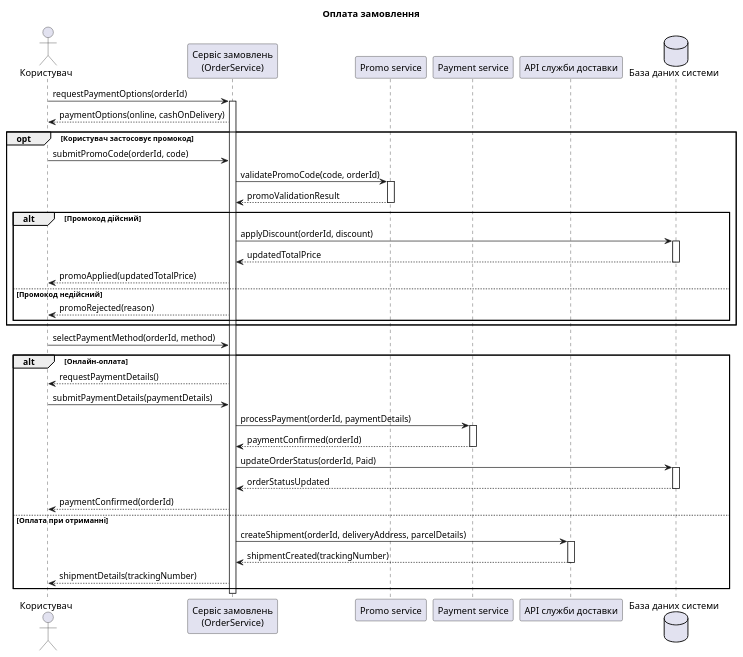
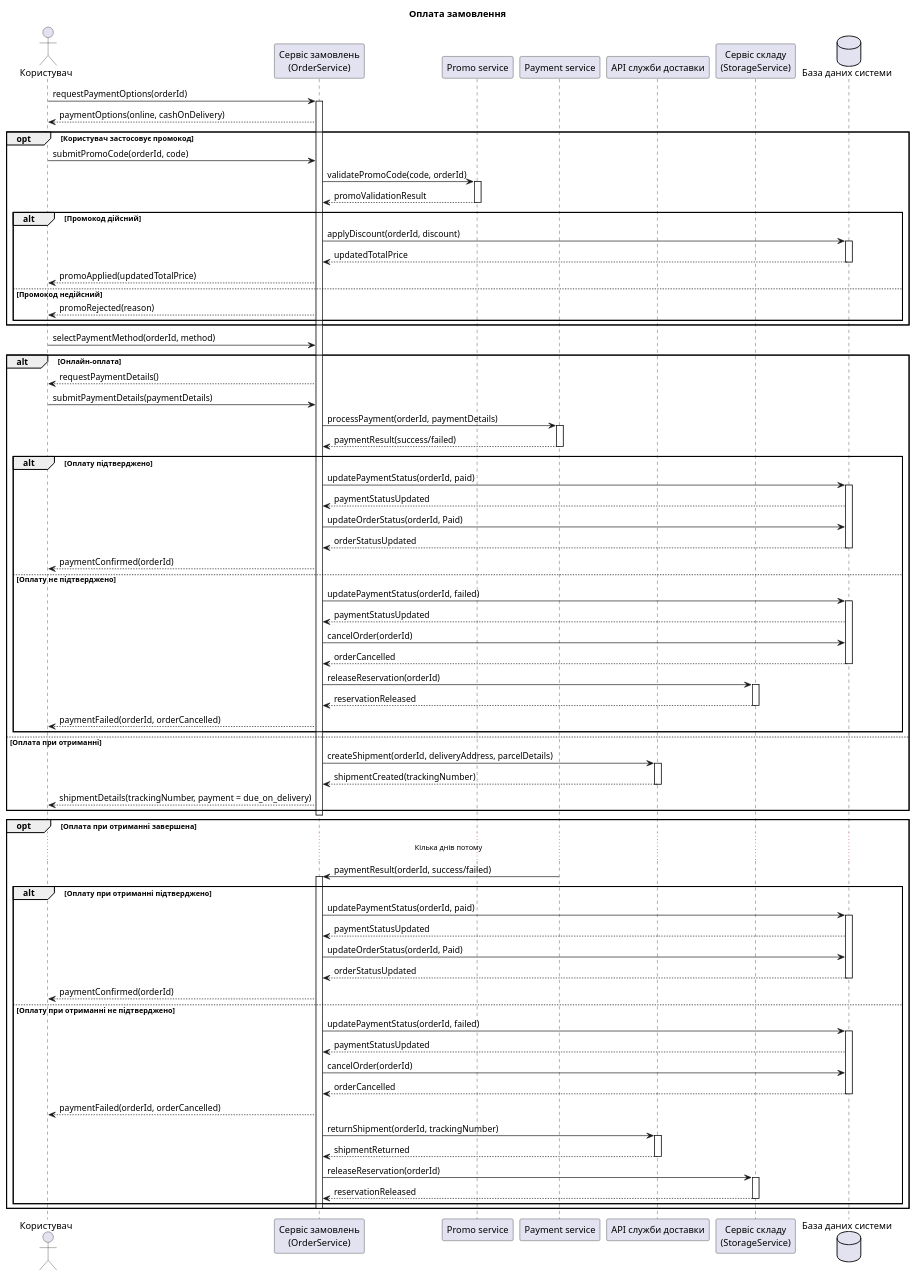
Before and after one commit to sklokcm/KPI2: the diagram in lab3/payment.md, drawn with PlantUML. The commit also changed other lines of this file and 5 other files, not shown here.

```diff
--- a/lab3/payment.md
+++ b/lab3/payment.md
@@ -6,6 +6,7 @@
 participant "Promo service" as Promo
 participant "Payment service" as Payment
 participant "API служби доставки" as Delivery
+participant "Сервіс складу\n(StorageService)" as StorageService
 database "База даних системи" as Database
 
 User -> OrderService : requestPaymentOptions(orderId)
@@ -37,22 +38,74 @@
     User -> OrderService : submitPaymentDetails(paymentDetails)
     OrderService -> Payment : processPayment(orderId, paymentDetails)
     activate Payment
-    Payment --> OrderService : paymentConfirmed(orderId)
+    Payment --> OrderService : paymentResult(success/failed)
     deactivate Payment
 
-    OrderService -> Database : updateOrderStatus(orderId, Paid)
-    activate Database
-    Database --> OrderService : orderStatusUpdated
-    deactivate Database
-    OrderService --> User : paymentConfirmed(orderId)
+    alt Оплату підтверджено
+        OrderService -> Database : updatePaymentStatus(orderId, paid)
+        activate Database
+        Database --> OrderService : paymentStatusUpdated
+        OrderService -> Database : updateOrderStatus(orderId, Paid)
+        Database --> OrderService : orderStatusUpdated
+        deactivate Database
+        OrderService --> User : paymentConfirmed(orderId)
+    else Оплату не підтверджено
+        OrderService -> Database : updatePaymentStatus(orderId, failed)
+        activate Database
+        Database --> OrderService : paymentStatusUpdated
+        OrderService -> Database : cancelOrder(orderId)
+        Database --> OrderService : orderCancelled
+        deactivate Database
+
+        OrderService -> StorageService : releaseReservation(orderId)
+        activate StorageService
+        StorageService --> OrderService : reservationReleased
+        deactivate StorageService
+        OrderService --> User : paymentFailed(orderId, orderCancelled)
+    end
 
 else Оплата при отриманні
     OrderService -> Delivery : createShipment(orderId, deliveryAddress, parcelDetails)
     activate Delivery
     Delivery --> OrderService : shipmentCreated(trackingNumber)
     deactivate Delivery
-    OrderService --> User : shipmentDetails(trackingNumber)
+    OrderService --> User : shipmentDetails(trackingNumber, payment = due_on_delivery)
 end
 
 deactivate OrderService
+
+opt Оплата при отриманні завершена
+    ... Кілька днів потому ...
+    Payment -> OrderService : paymentResult(orderId, success/failed)
+    activate OrderService
+
+    alt Оплату при отриманні підтверджено
+        OrderService -> Database : updatePaymentStatus(orderId, paid)
+        activate Database
+        Database --> OrderService : paymentStatusUpdated
+        OrderService -> Database : updateOrderStatus(orderId, Paid)
+        Database --> OrderService : orderStatusUpdated
+        deactivate Database
+        OrderService --> User : paymentConfirmed(orderId)
+    else Оплату при отриманні не підтверджено
+        OrderService -> Database : updatePaymentStatus(orderId, failed)
+        activate Database
+        Database --> OrderService : paymentStatusUpdated
+        OrderService -> Database : cancelOrder(orderId)
+        Database --> OrderService : orderCancelled
+        deactivate Database
+        OrderService --> User : paymentFailed(orderId, orderCancelled)
+
+        OrderService -> Delivery : returnShipment(orderId, trackingNumber)
+        activate Delivery
+        Delivery --> OrderService : shipmentReturned
+        deactivate Delivery
+        OrderService -> StorageService : releaseReservation(orderId)
+        activate StorageService
+        StorageService --> OrderService : reservationReleased
+        deactivate StorageService
+    end
+
+    deactivate OrderService
+end
 @enduml
```
